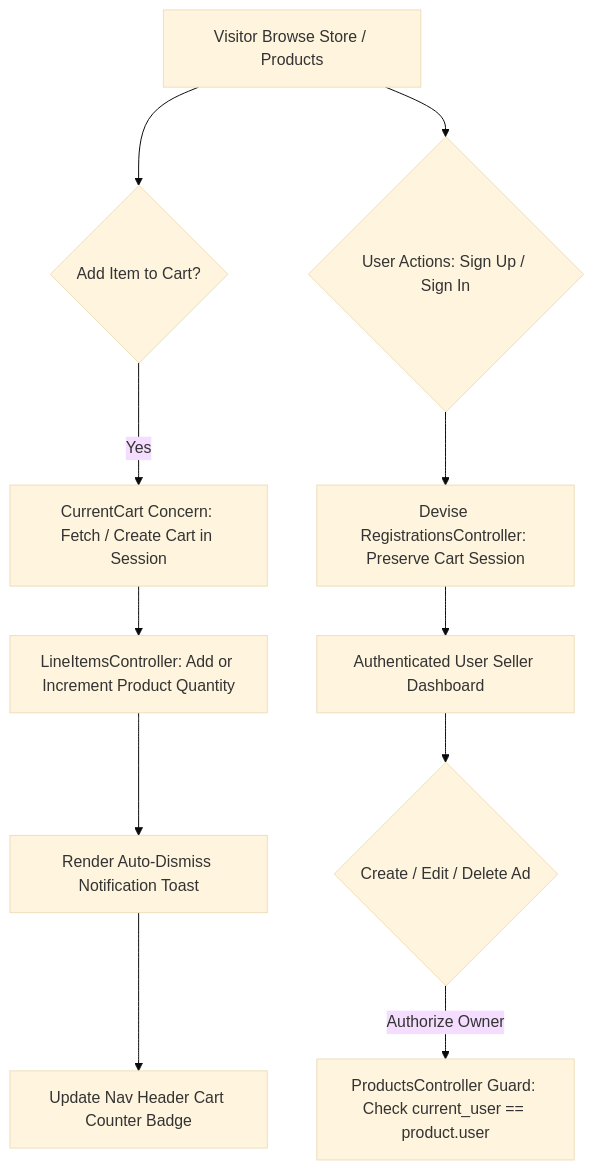
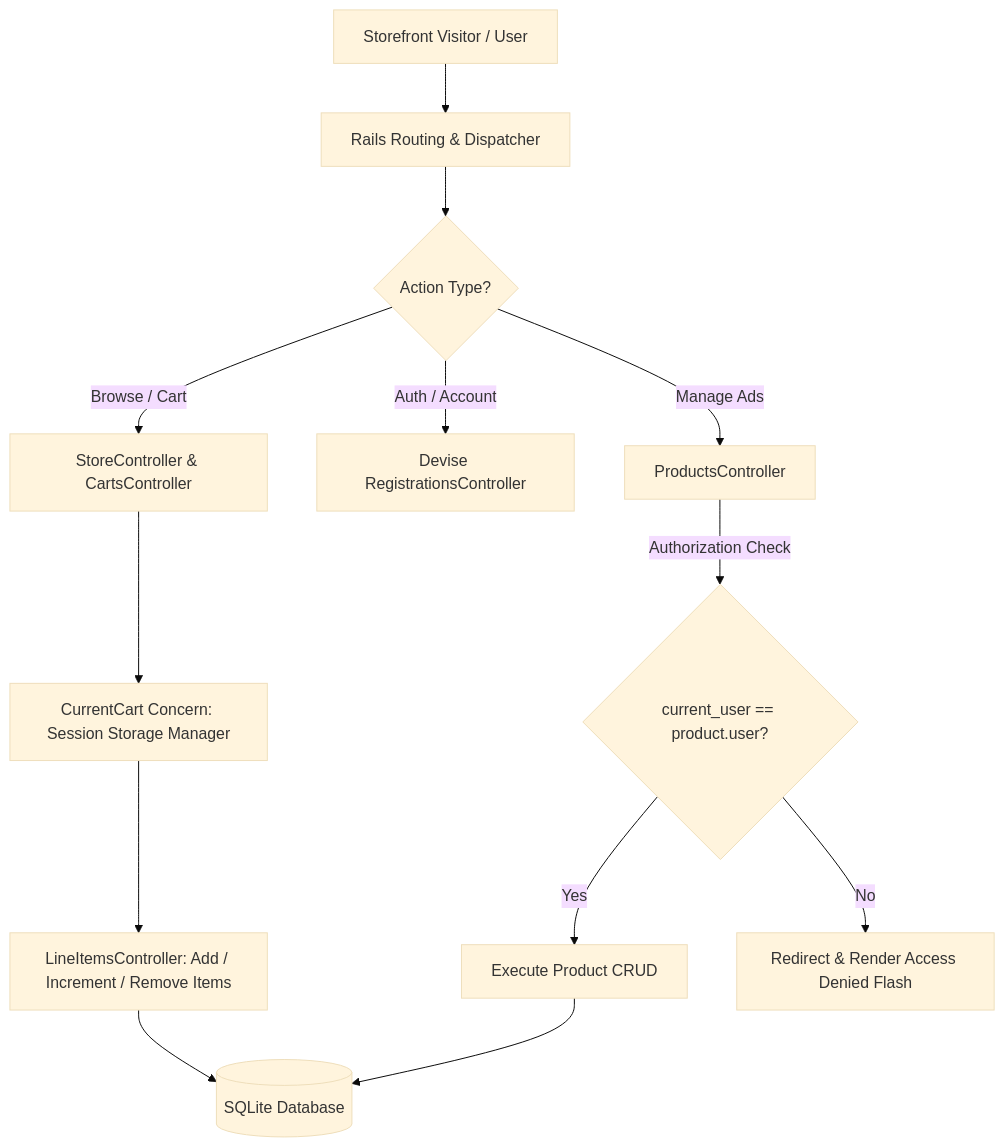
Before and after one commit to sahmedhusain/marketpulse: the first of 2 diagrams in README.md, drawn with Mermaid (base theme). The commit also changed other lines of this file and 1 other file, not shown here.

````diff
--- a/README.md
+++ b/README.md
@@ -28,13 +36,18 @@
 ```mermaid
-flowchart TD
-    A[Visitor Browse Store / Products] --> B{Add Item to Cart?}
-    B -->|Yes| C[CurrentCart Concern: Fetch / Create Cart in Session]
-    C --> D[LineItemsController: Add or Increment Product Quantity]
-    D --> E[Render Auto-Dismiss Notification Toast]
-    E --> F[Update Nav Header Cart Counter Badge]
-    A --> G{User Actions: Sign Up / Sign In}
-    G --> H[Devise RegistrationsController: Preserve Cart Session]
-    H --> I[Authenticated User Seller Dashboard]
-    I --> J{Create / Edit / Delete Ad}
-    J -->|Authorize Owner| K[ProductsController Guard: Check current_user == product.user]
+graph TD
+    A[Storefront Visitor / User] --> B[Rails Routing & Dispatcher]
+    
+    B --> C{Action Type?}
+    C -- Browse / Cart --> D[StoreController & CartsController]
+    C -- Auth / Account --> E[Devise RegistrationsController]
+    C -- Manage Ads --> F[ProductsController]
+    
+    D --> G[CurrentCart Concern: Session Storage Manager]
+    G --> H[LineItemsController: Add / Increment / Remove Items]
+    
+    F -->|Authorization Check| I{current_user == product.user?}
+    I -- Yes --> J[Execute Product CRUD]
+    I -- No --> K[Redirect & Render Access Denied Flash]
+    
+    H & J --> L[(SQLite Database)]
 ```
````
